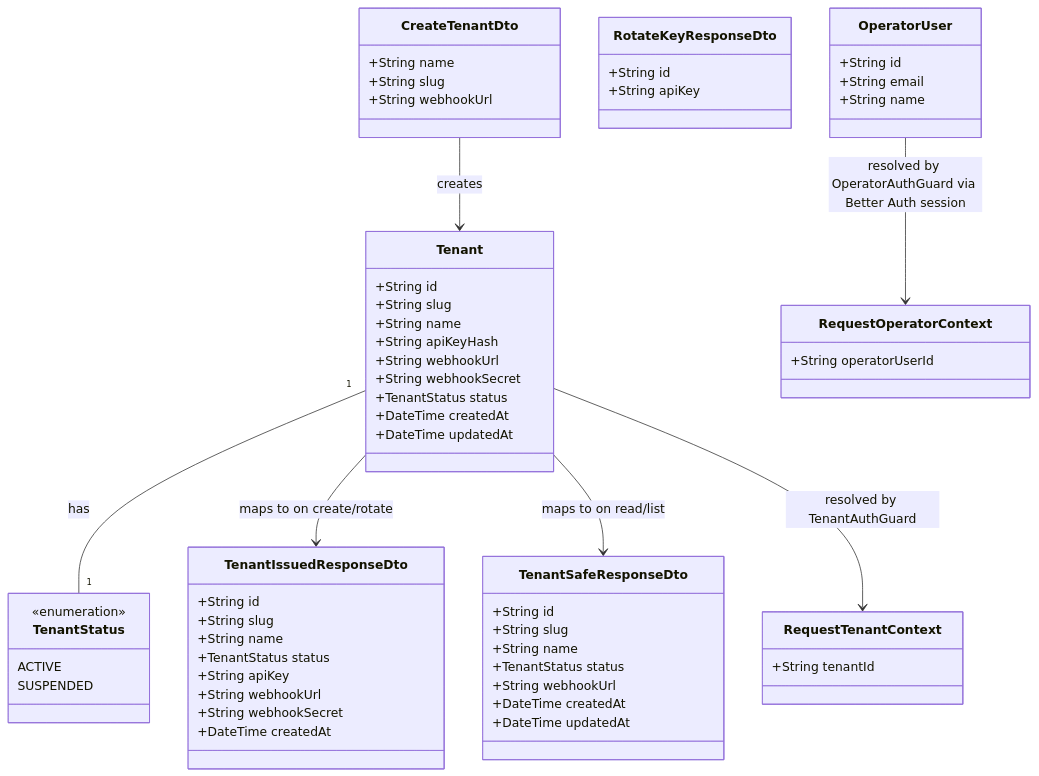
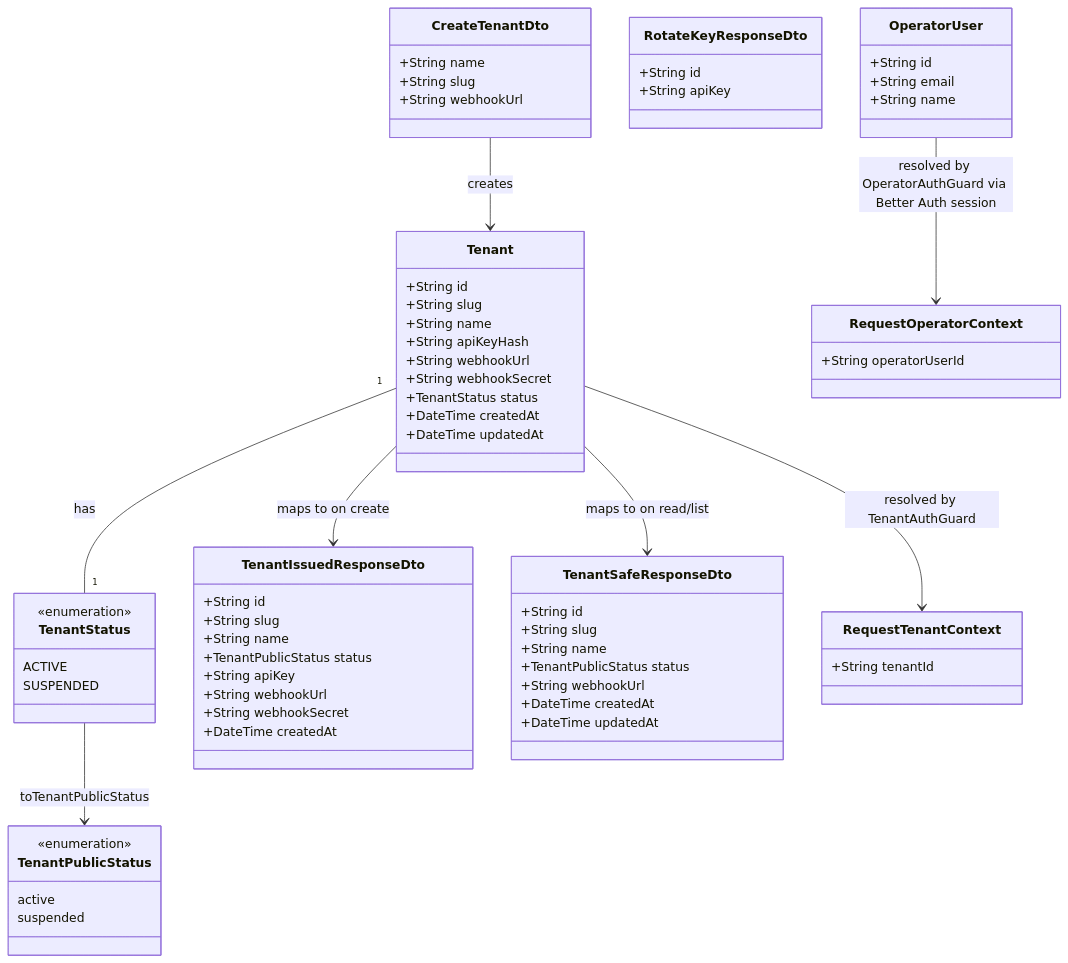
One commit to vhnam/crossfade changed the diagram in docs/spdd/prompt/202608181415-[Feat]-001-api-tenant-onboarding-isolation.md. Above: the diagram before and after it, drawn with Mermaid. The commit also changed other lines of this file, not shown here.

First line of the commit message:
docs: update tenant onboarding Open-SPDD prompt

````diff
--- a/docs/spdd/prompt/202608181415-[Feat]-001-api-tenant-onboarding-isolation.md
+++ b/docs/spdd/prompt/202608181415-[Feat]-001-api-tenant-onboarding-isolation.md
@@ -15,75 +15,82 @@
 ```mermaid
 classDiagram
 direction TB
 
 class Tenant {
     +String id
     +String slug
     +String name
     +String apiKeyHash
     +String webhookUrl
     +String webhookSecret
     +TenantStatus status
     +DateTime createdAt
     +DateTime updatedAt
 }
 
 class TenantStatus {
     <<enumeration>>
     ACTIVE
     SUSPENDED
 }
 
+class TenantPublicStatus {
+    <<enumeration>>
+    active
+    suspended
+}
+
 class CreateTenantDto {
     +String name
     +String slug
     +String webhookUrl
 }
 
 class TenantIssuedResponseDto {
     +String id
     +String slug
     +String name
-    +TenantStatus status
+    +TenantPublicStatus status
     +String apiKey
     +String webhookUrl
     +String webhookSecret
     +DateTime createdAt
 }
 
 class TenantSafeResponseDto {
     +String id
     +String slug
     +String name
-    +TenantStatus status
+    +TenantPublicStatus status
     +String webhookUrl
     +DateTime createdAt
     +DateTime updatedAt
 }
 
 class RotateKeyResponseDto {
     +String id
     +String apiKey
 }
 
 class RequestTenantContext {
     +String tenantId
 }
 
 class OperatorUser {
     +String id
     +String email
     +String name
 }
 
 class RequestOperatorContext {
     +String operatorUserId
 }
 
 Tenant "1" -- "1" TenantStatus : has
+TenantStatus --> TenantPublicStatus : toTenantPublicStatus
 CreateTenantDto --> Tenant : creates
-Tenant --> TenantIssuedResponseDto : maps to on create/rotate
+Tenant --> TenantIssuedResponseDto : maps to on create
 Tenant --> TenantSafeResponseDto : maps to on read/list
 Tenant --> RequestTenantContext : resolved by TenantAuthGuard
 OperatorUser --> RequestOperatorContext : resolved by OperatorAuthGuard via Better Auth session
 ```
````
